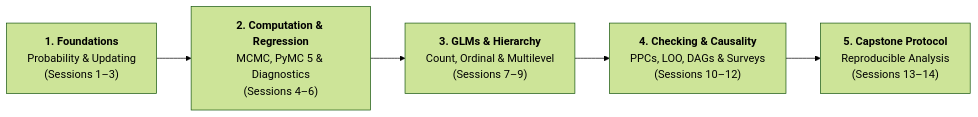
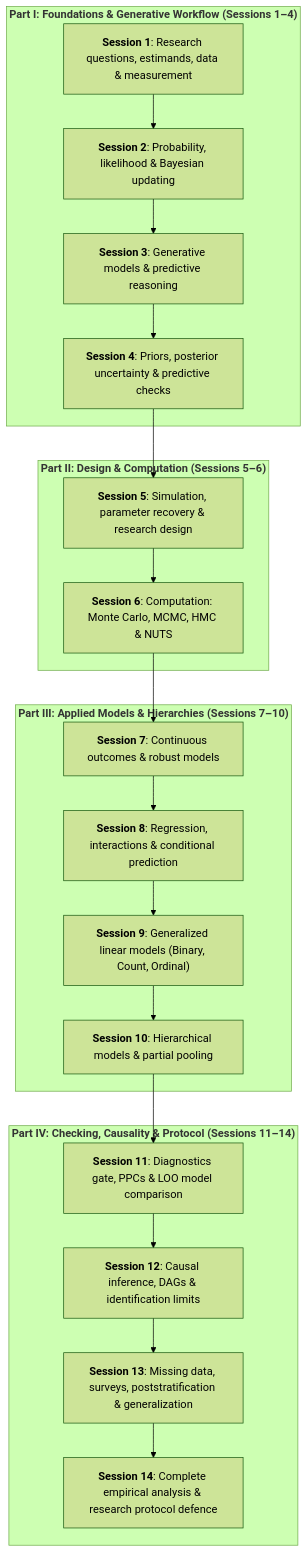
The diagram in 0.Course_overview.md (iknyazeva/bayes-cogsci-book), drawn with Mermaid (forest theme) before and after one commit. The commit also changed other lines of this file and 7 other files, not shown here.

Commit message:
Align 14-session TOC, restructure Course Overview, and correct Streamlit prototype metrics and inquiry questions

````diff
--- a/0.Course_overview.md
+++ b/0.Course_overview.md
@@ -9,8 +9,27 @@
 ```{mermaid}
-flowchart LR
-    A["<b>1. Foundations</b><br>Probability & Updating<br>(Sessions 1–3)"]
-    --> B["<b>2. Computation & Regression</b><br>MCMC, PyMC 5 & Diagnostics<br>(Sessions 4–6)"]
-    --> C["<b>3. GLMs & Hierarchy</b><br>Count, Ordinal & Multilevel<br>(Sessions 7–9)"]
-    --> D["<b>4. Checking & Causality</b><br>PPCs, LOO, DAGs & Surveys<br>(Sessions 10–12)"]
-    --> E["<b>5. Capstone Protocol</b><br>Reproducible Analysis<br>(Sessions 13–14)"]
+flowchart TD
+    subgraph Part1["<b>Part I: Foundations & Generative Workflow (Sessions 1–4)</b>"]
+        S1["<b>Session 1</b>: Research questions, estimands, data & measurement"] --> S2["<b>Session 2</b>: Probability, likelihood & Bayesian updating"]
+        S2 --> S3["<b>Session 3</b>: Generative models & predictive reasoning"]
+        S3 --> S4["<b>Session 4</b>: Priors, posterior uncertainty & predictive checks"]
+    end
+
+    subgraph Part2["<b>Part II: Design & Computation (Sessions 5–6)</b>"]
+        S4 --> S5["<b>Session 5</b>: Simulation, parameter recovery & research design"]
+        S5 --> S6["<b>Session 6</b>: Computation: Monte Carlo, MCMC, HMC & NUTS"]
+    end
+
+    subgraph Part3["<b>Part III: Applied Models & Hierarchies (Sessions 7–10)</b>"]
+        S6 --> S7["<b>Session 7</b>: Continuous outcomes & robust models"]
+        S7 --> S8["<b>Session 8</b>: Regression, interactions & conditional prediction"]
+        S8 --> S9["<b>Session 9</b>: Generalized linear models (Binary, Count, Ordinal)"]
+        S9 --> S10["<b>Session 10</b>: Hierarchical models & partial pooling"]
+    end
+
+    subgraph Part4["<b>Part IV: Checking, Causality & Protocol (Sessions 11–14)</b>"]
+        S10 --> S11["<b>Session 11</b>: Diagnostics gate, PPCs & LOO model comparison"]
+        S11 --> S12["<b>Session 12</b>: Causal inference, DAGs & identification limits"]
+        S12 --> S13["<b>Session 13</b>: Missing data, surveys, poststratification & generalization"]
+        S13 --> S14["<b>Session 14</b>: Complete empirical analysis & research protocol defence"]
+    end
 ```
````
